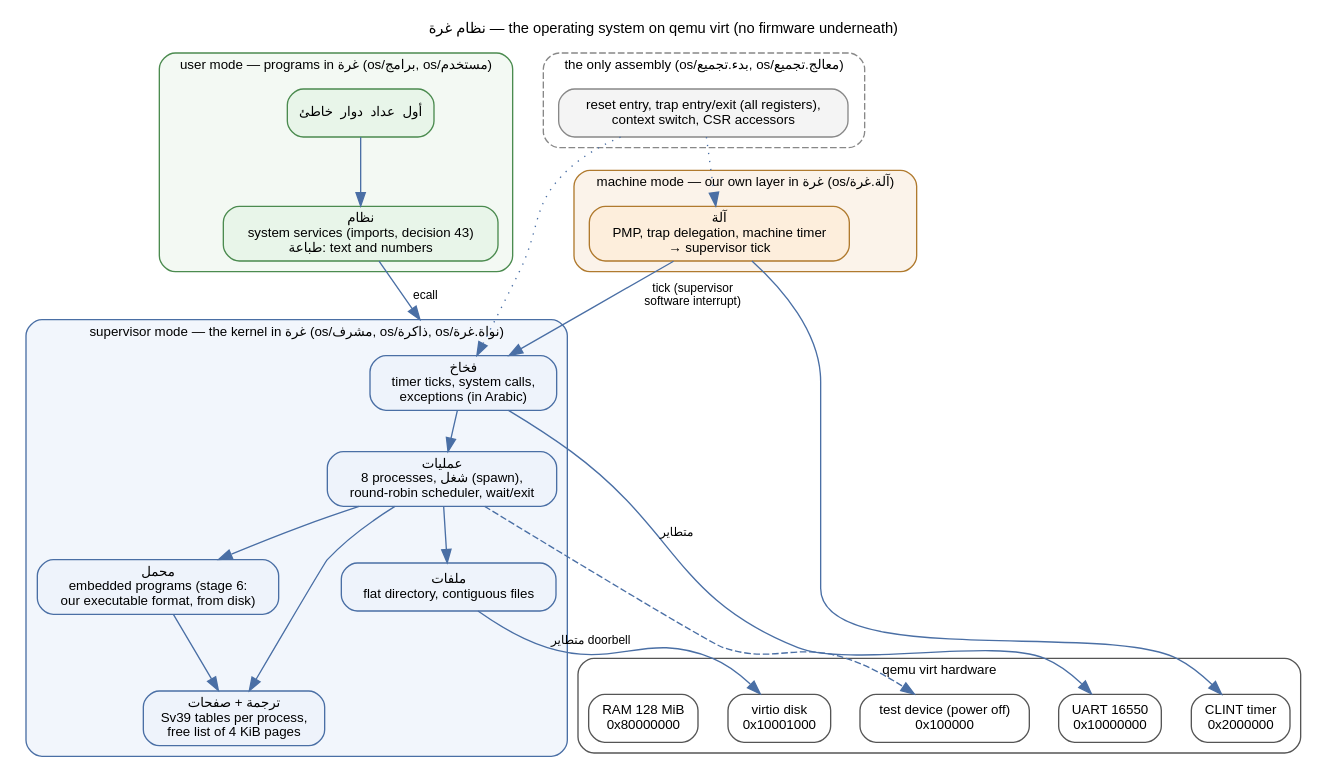
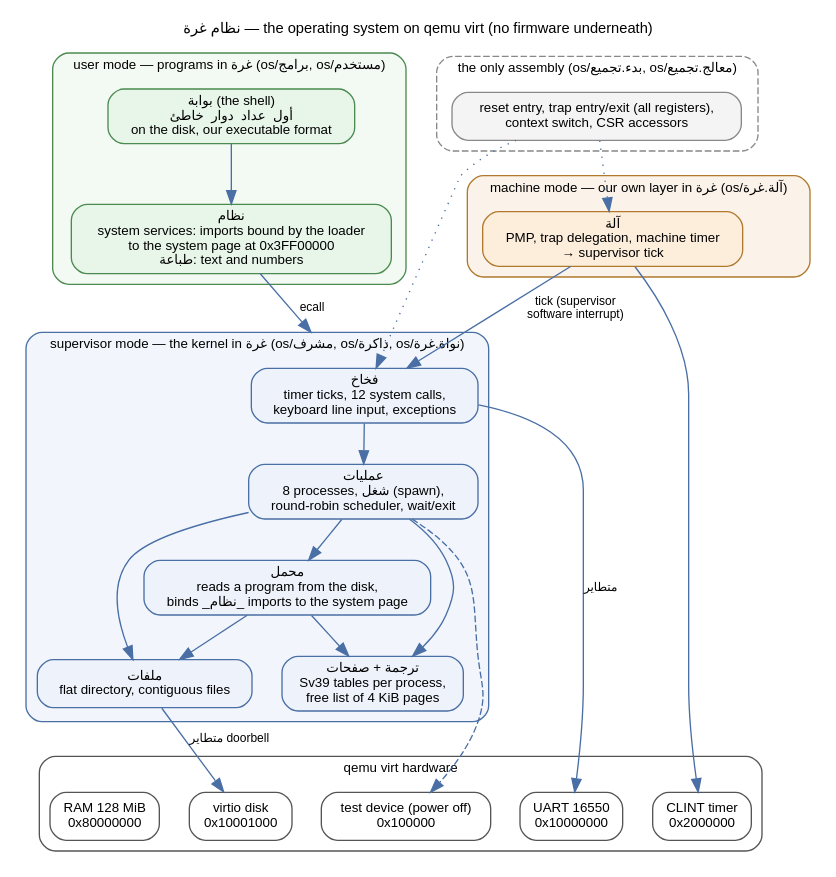
Before and after one commit to MahmoudEmad1491999/arabic-riscv-toolchain: the diagram in docs/diagrams/os_layers.dot, drawn with Graphviz. The commit also changed 45 other files, not shown here.

First line of the commit message:
OS stage 6: our executable format, programs on disk, the shell بوابة

```diff
--- a/docs/diagrams/os_layers.dot
+++ b/docs/diagrams/os_layers.dot
@@ -1,44 +1,44 @@
 // The operating system: privilege modes and modules (docs/spec-os.md).
 digraph os_layers {
   graph [rankdir=TB, fontname="Helvetica", fontsize=11, nodesep=0.3, ranksep=0.4, compound=true,
          label="نظام غرة — the operating system on qemu virt (no firmware underneath)", labelloc=t];
   node  [fontname="Helvetica", fontsize=10, shape=box, style="rounded,filled", fillcolor="#eef3fb", color="#4a6fa5"];
   edge  [fontname="Helvetica", fontsize=9, color="#4a6fa5"];
 
   subgraph cluster_u {
     label="user mode — programs in غرة (os/برامج, os/مستخدم)"; fontname="Helvetica"; fontsize=10; style="rounded,filled"; fillcolor="#f3f9f3"; color="#4b8b4f";
-    progs [label="أول  عداد  دوار  خاطئ", fillcolor="#e8f5e9", color="#4b8b4f"];
-    nizam [label="نظام\nsystem services (imports, decision 43)\nطباعة: text and numbers", fillcolor="#e8f5e9", color="#4b8b4f"];
+    progs [label="بوابة (the shell)\nأول  عداد  دوار  خاطئ\non the disk, our executable format", fillcolor="#e8f5e9", color="#4b8b4f"];
+    nizam [label="نظام\nsystem services: imports bound by the loader\nto the system page at 0x3FF00000\nطباعة: text and numbers", fillcolor="#e8f5e9", color="#4b8b4f"];
     progs -> nizam;
   }
   subgraph cluster_s {
     label="supervisor mode — the kernel in غرة (os/مشرف, os/ذاكرة, os/نواة.غرة)"; fontname="Helvetica"; fontsize=10; style="rounded,filled"; fillcolor="#f2f6fc"; color="#4a6fa5";
-    traps [label="فخاخ\ntimer ticks, system calls,\nexceptions (in Arabic)"];
+    traps [label="فخاخ\ntimer ticks, 12 system calls,\nkeyboard line input, exceptions"];
     procs [label="عمليات\n8 processes, شغل (spawn),\nround-robin scheduler, wait/exit"];
-    loader[label="محمل\nembedded programs (stage 6:\nour executable format, from disk)"];
+    loader[label="محمل\nreads a program from the disk,\nbinds _نظام_ imports to the system page"];
     files [label="ملفات\nflat directory, contiguous files"];
     mem   [label="ترجمة + صفحات\nSv39 tables per process,\nfree list of 4 KiB pages"];
-    traps -> procs; procs -> loader; procs -> files; procs -> mem; loader -> mem;
+    traps -> procs; procs -> loader; procs -> files; procs -> mem; loader -> mem; loader -> files;
   }
   subgraph cluster_m {
     label="machine mode — our own layer in غرة (os/آلة.غرة)"; fontname="Helvetica"; fontsize=10; style="rounded,filled"; fillcolor="#fbf3ea"; color="#b07a2e";
     mach  [label="آلة\nPMP, trap delegation, machine timer\n→ supervisor tick", fillcolor="#fdeedc", color="#b07a2e"];
   }
   subgraph cluster_asm {
     label="the only assembly (os/بدء.تجميع, os/معالج.تجميع)"; fontname="Helvetica"; fontsize=10; style="rounded,dashed"; color="#888888";
     asm   [label="reset entry, trap entry/exit (all registers),\ncontext switch, CSR accessors", fillcolor="#f4f4f4", color="#888888"];
   }
   subgraph cluster_hw {
     label="qemu virt hardware"; fontname="Helvetica"; fontsize=10; style="rounded"; color="#555555";
     uart  [label="UART 16550\n0x10000000", fillcolor="#ffffff", color="#555555"];
     disk  [label="virtio disk\n0x10001000", fillcolor="#ffffff", color="#555555"];
     clint [label="CLINT timer\n0x2000000", fillcolor="#ffffff", color="#555555"];
     test  [label="test device (power off)\n0x100000", fillcolor="#ffffff", color="#555555"];
     ram   [label="RAM 128 MiB\n0x80000000", fillcolor="#ffffff", color="#555555"];
   }
   nizam -> traps [label="ecall", lhead=cluster_s];
   mach -> traps [label="tick (supervisor\nsoftware interrupt)"];
   traps -> uart [label="متطاير"]; files -> disk [label="متطاير doorbell"];
   mach -> clint; procs -> test [style=dashed];
   asm -> mach [style=dotted]; asm -> traps [style=dotted];
 }
```
